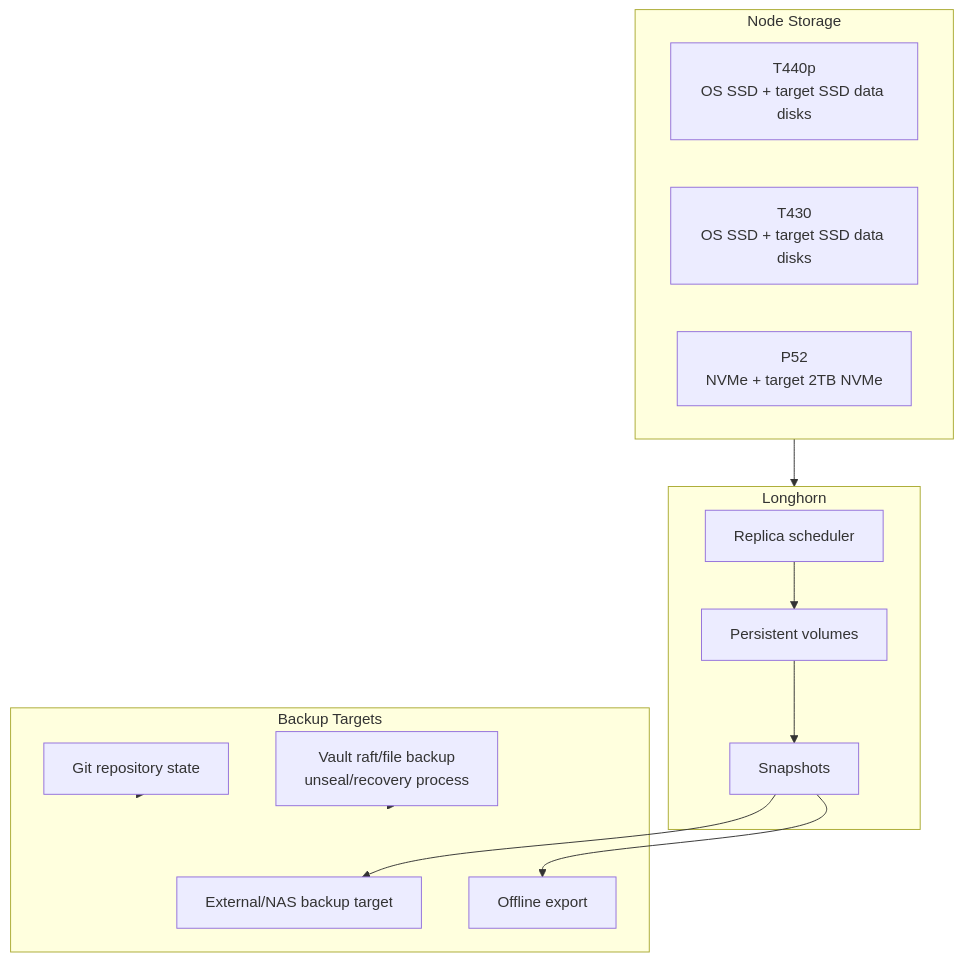
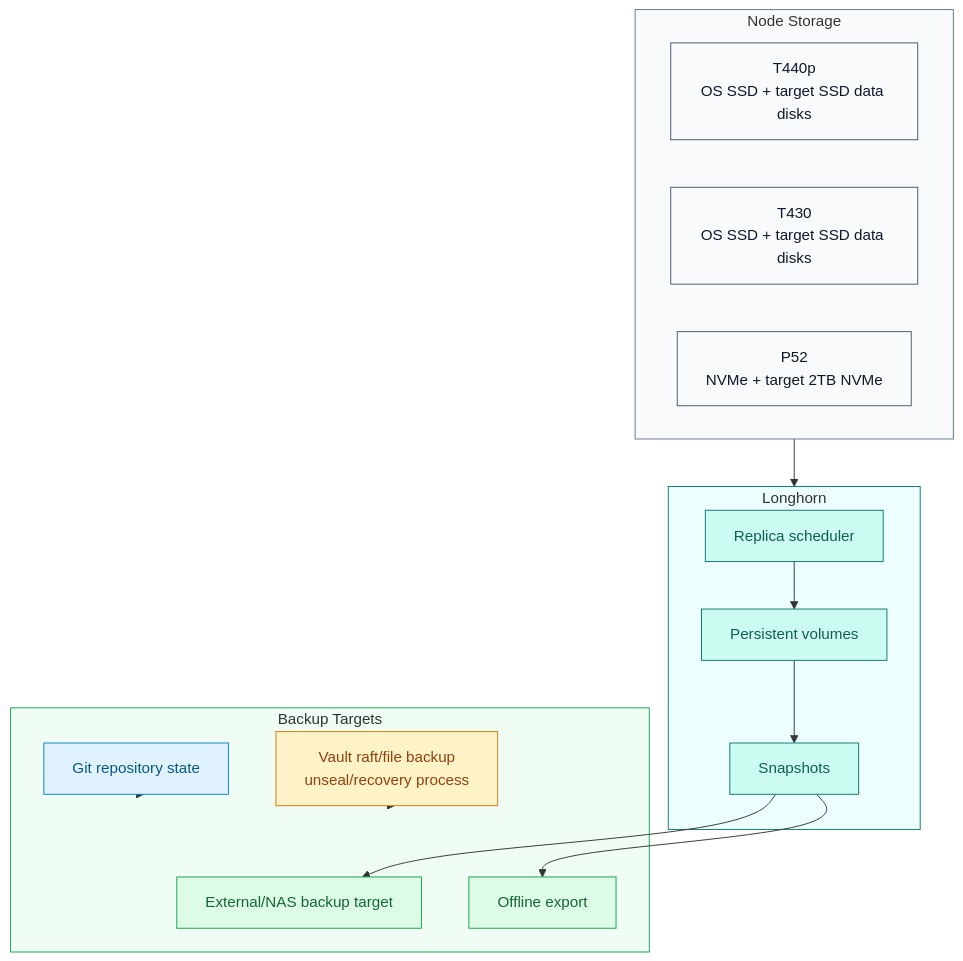
Before and after one commit to Vanguard94-RR/HomeLab: the seventh of 7 diagrams in docs/HomeLab-Enterprise-Architecture.md, drawn with Mermaid. The commit also changed other lines of this file, not shown here.

Commit message:
docs: color architecture diagrams

````diff
--- a/docs/HomeLab-Enterprise-Architecture.md
+++ b/docs/HomeLab-Enterprise-Architecture.md
@@ -410,29 +510,45 @@
 ```mermaid
 flowchart TB
   subgraph disks["Node Storage"]
     t440disk["T440p<br/>OS SSD + target SSD data disks"]
     t430disk["T430<br/>OS SSD + target SSD data disks"]
     p52disk["P52<br/>NVMe + target 2TB NVMe"]
   end
 
   subgraph longhorn["Longhorn"]
     replicas["Replica scheduler"]
     pvc["Persistent volumes"]
     snapshots["Snapshots"]
   end
 
   subgraph backups["Backup Targets"]
     nas["External/NAS backup target"]
     offline["Offline export"]
     git["Git repository state"]
     vaultbackup["Vault raft/file backup<br/>unseal/recovery process"]
   end
 
   disks --> longhorn
   replicas --> pvc
   pvc --> snapshots
   snapshots --> nas
   snapshots --> offline
   git --> backups
   vaultbackup --> backups
+
+  classDef hardware fill:#f8fafc,stroke:#475569,color:#0f172a
+  classDef storageClass fill:#ccfbf1,stroke:#0f766e,color:#115e59
+  classDef backup fill:#dcfce7,stroke:#16a34a,color:#166534
+  classDef gitops fill:#e0f2fe,stroke:#0284c7,color:#075985
+  classDef secrets fill:#fef3c7,stroke:#d97706,color:#92400e
+
+  class t440disk,t430disk,p52disk hardware
+  class replicas,pvc,snapshots storageClass
+  class nas,offline backup
+  class git gitops
+  class vaultbackup secrets
+
+  style disks fill:#f8fafc,stroke:#64748b
+  style longhorn fill:#ecfeff,stroke:#0f766e
+  style backups fill:#f0fdf4,stroke:#16a34a
 ```
````
